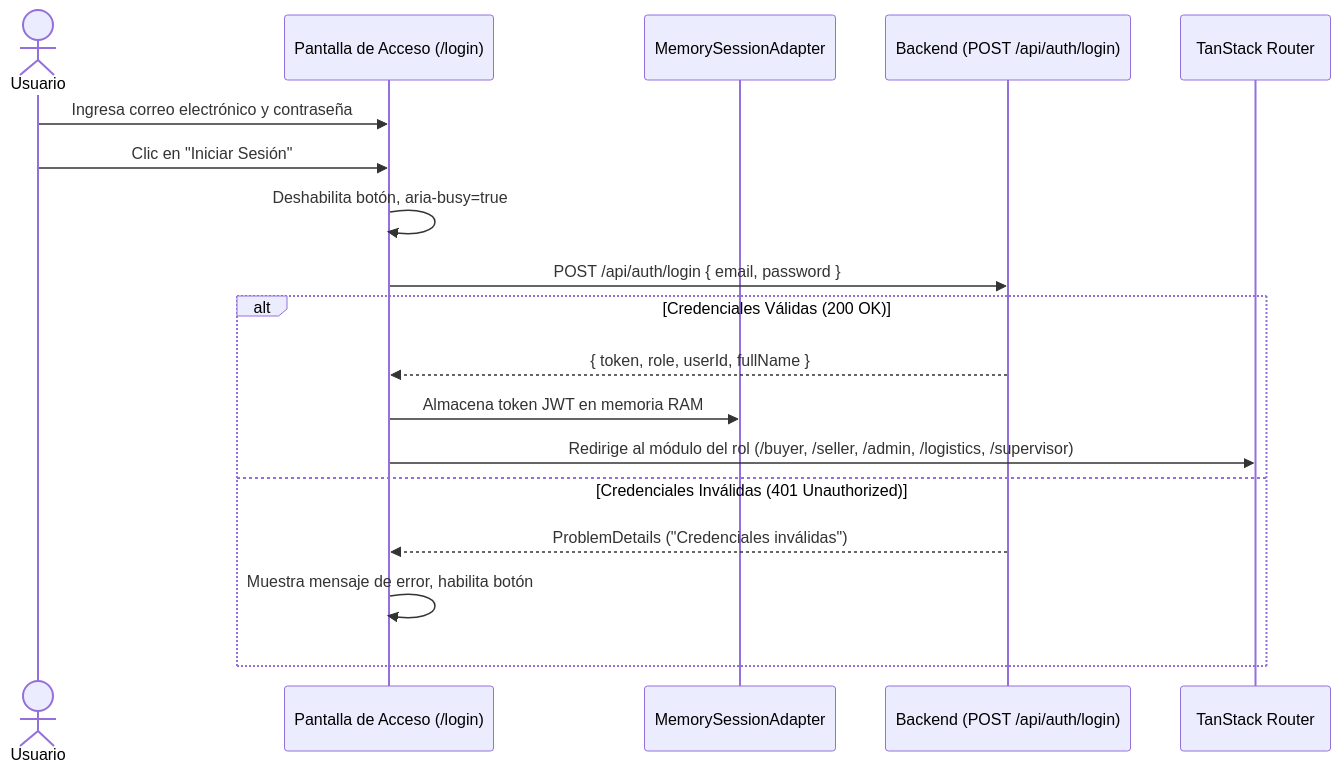
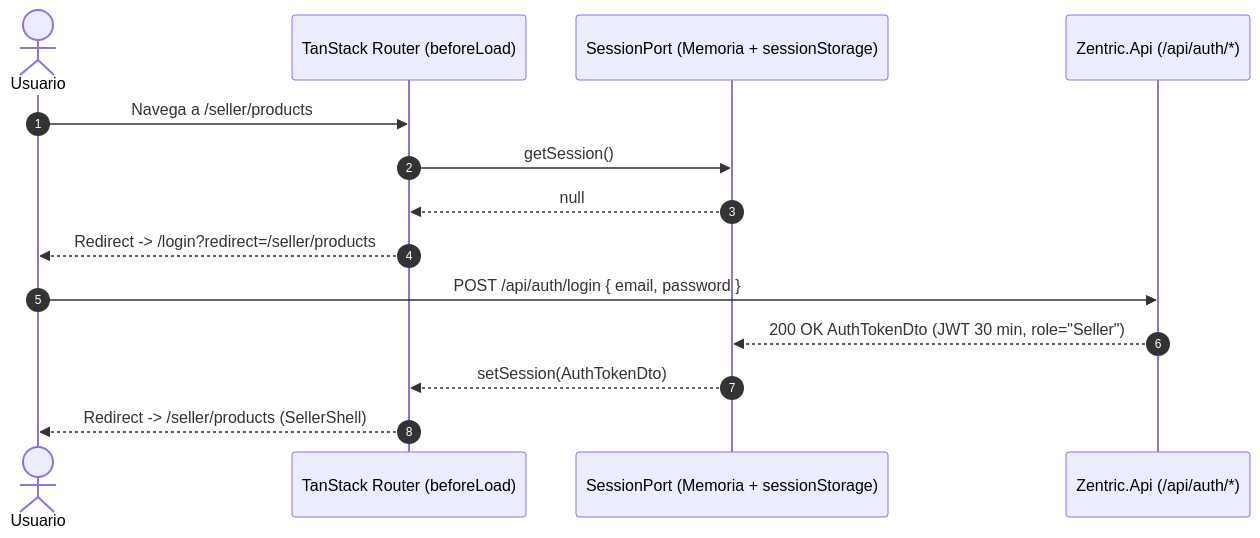
Before and after one commit to D-MachadoDev/Zentric: the first of 4 diagrams in frontendSDD/Frontend-User-Flows.md, drawn with Mermaid. The commit also changed other lines of this file and 11 other files, not shown here.

````diff
--- a/frontendSDD/Frontend-User-Flows.md
+++ b/frontendSDD/Frontend-User-Flows.md
@@ -28,21 +23,17 @@
 ```mermaid
 sequenceDiagram
-    actor Usuario
-    participant UI as Pantalla de Acceso (/login)
-    participant Session as MemorySessionAdapter
-    participant API as Backend (POST /api/auth/login)
-    participant Router as TanStack Router
+    autonumber
+    actor U as Usuario
+    participant R as TanStack Router (beforeLoad)
+    participant S as SessionPort (Memoria + sessionStorage)
+    participant API as Zentric.Api (/api/auth/*)
 
-    Usuario->>UI: Ingresa correo electrónico y contraseña
-    Usuario->>UI: Clic en "Iniciar Sesión"
-    UI->>UI: Deshabilita botón, aria-busy=true
-    UI->>API: POST /api/auth/login { email, password }
-    alt Credenciales Válidas (200 OK)
-        API-->>UI: { token, role, userId, fullName }
-        UI->>Session: Almacena token JWT en memoria RAM
-        UI->>Router: Redirige al módulo del rol (/buyer, /seller, /admin, /logistics, /supervisor)
-    else Credenciales Inválidas (401 Unauthorized)
-        API-->>UI: ProblemDetails ("Credenciales inválidas")
-        UI->>UI: Muestra mensaje de error, habilita botón
-    end
+    U->>R: Navega a /seller/products
+    R->>S: getSession()
+    S-->>R: null
+    R-->>U: Redirect -> /login?redirect=/seller/products
+    U->>API: POST /api/auth/login { email, password }
+    API-->>S: 200 OK AuthTokenDto (JWT 30 min, role="Seller")
+    S-->>R: setSession(AuthTokenDto)
+    R-->>U: Redirect -> /seller/products (SellerShell)
 ```
````
